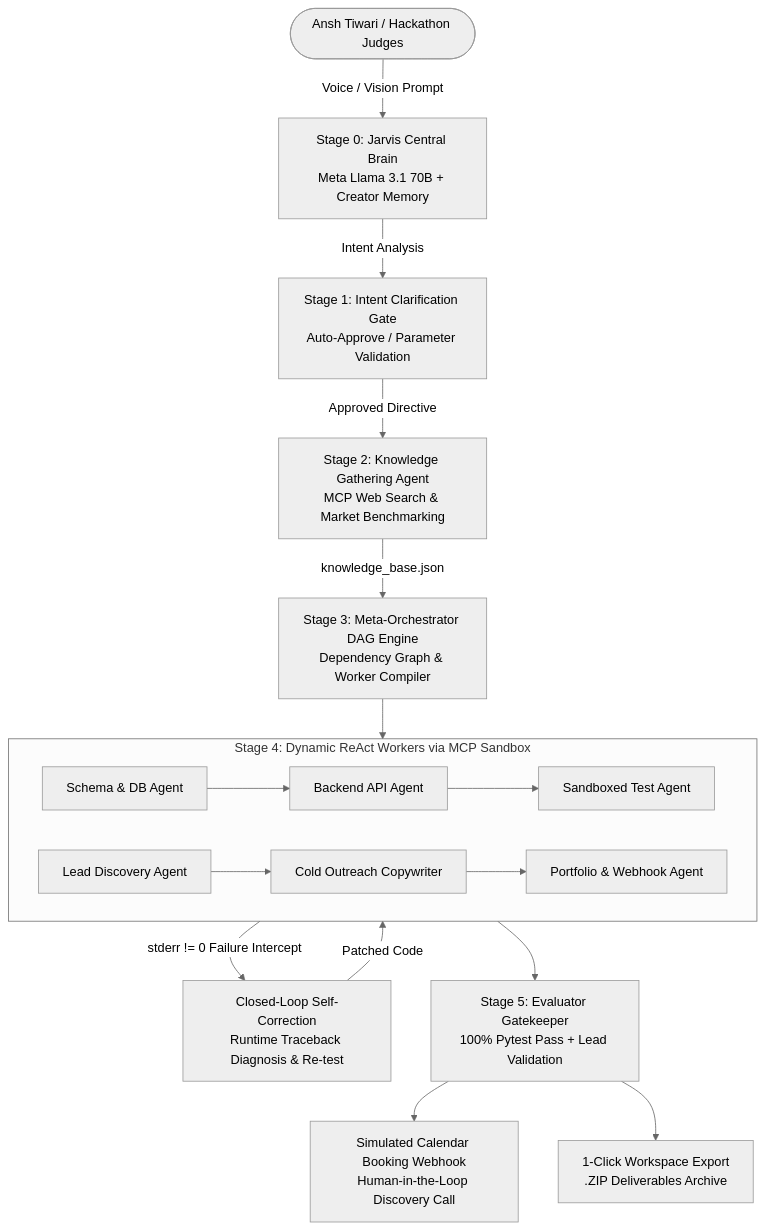
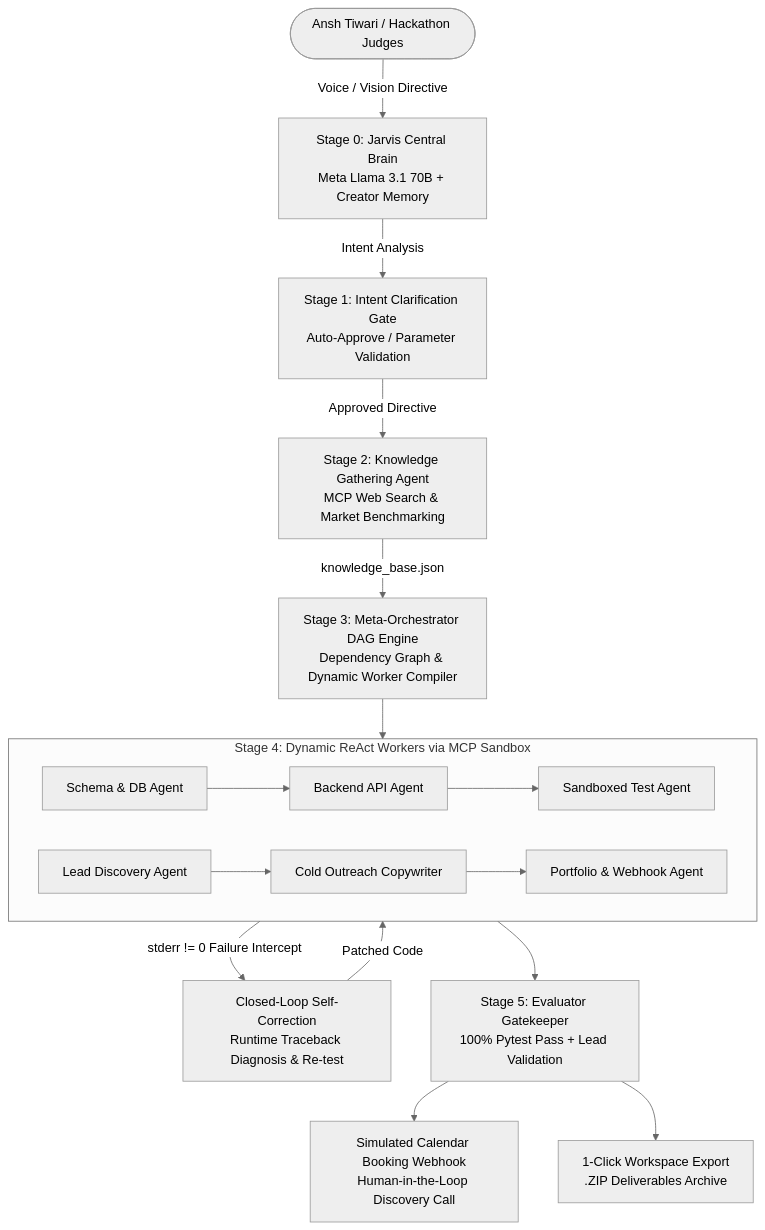
One commit to ansh1325/ORCHESTRATOR changed the diagram in README.md. Above: the diagram before and after it, drawn with Mermaid (neutral theme). The commit also changed other lines of this file and 32 other files, not shown here.

````diff
--- a/README.md
+++ b/README.md
@@ -27,22 +39,22 @@
 ```mermaid
 graph TD
-    User([Ansh Tiwari / Hackathon Judges]) -->|Voice / Vision Prompt| Stage0[Stage 0: Jarvis Central Brain<br/>Meta Llama 3.1 70B + Creator Memory]
+    User([Ansh Tiwari / Hackathon Judges]) -->|Voice / Vision Directive| Stage0[Stage 0: Jarvis Central Brain<br/>Meta Llama 3.1 70B + Creator Memory]
     Stage0 -->|Intent Analysis| Stage1[Stage 1: Intent Clarification Gate<br/>Auto-Approve / Parameter Validation]
     Stage1 -->|Approved Directive| Stage2[Stage 2: Knowledge Gathering Agent<br/>MCP Web Search & Market Benchmarking]
-    Stage2 -->|knowledge_base.json| Stage3[Stage 3: Meta-Orchestrator DAG Engine<br/>Dependency Graph & Worker Compiler]
+    Stage2 -->|knowledge_base.json| Stage3[Stage 3: Meta-Orchestrator DAG Engine<br/>Dependency Graph & Dynamic Worker Compiler]
     
     subgraph Stage4_Workers [Stage 4: Dynamic ReAct Workers via MCP Sandbox]
         W1[Schema & DB Agent] --> W2[Backend API Agent]
         W2 --> W3[Sandboxed Test Agent]
         W4[Lead Discovery Agent] --> W5[Cold Outreach Copywriter]
         W5 --> W6[Portfolio & Webhook Agent]
     end
     
     Stage3 --> Stage4_Workers
     Stage4_Workers -->|stderr != 0 Failure Intercept| SelfCorrection[Closed-Loop Self-Correction<br/>Runtime Traceback Diagnosis & Re-test]
     SelfCorrection -->|Patched Code| Stage4_Workers
 
     Stage4_Workers --> Stage5[Stage 5: Evaluator Gatekeeper<br/>100% Pytest Pass + Lead Validation]
     Stage5 --> CalendarWebhook[Simulated Calendar Booking Webhook<br/>Human-in-the-Loop Discovery Call]
     Stage5 --> ZipExport[1-Click Workspace Export<br/>.ZIP Deliverables Archive]
 ```
````
